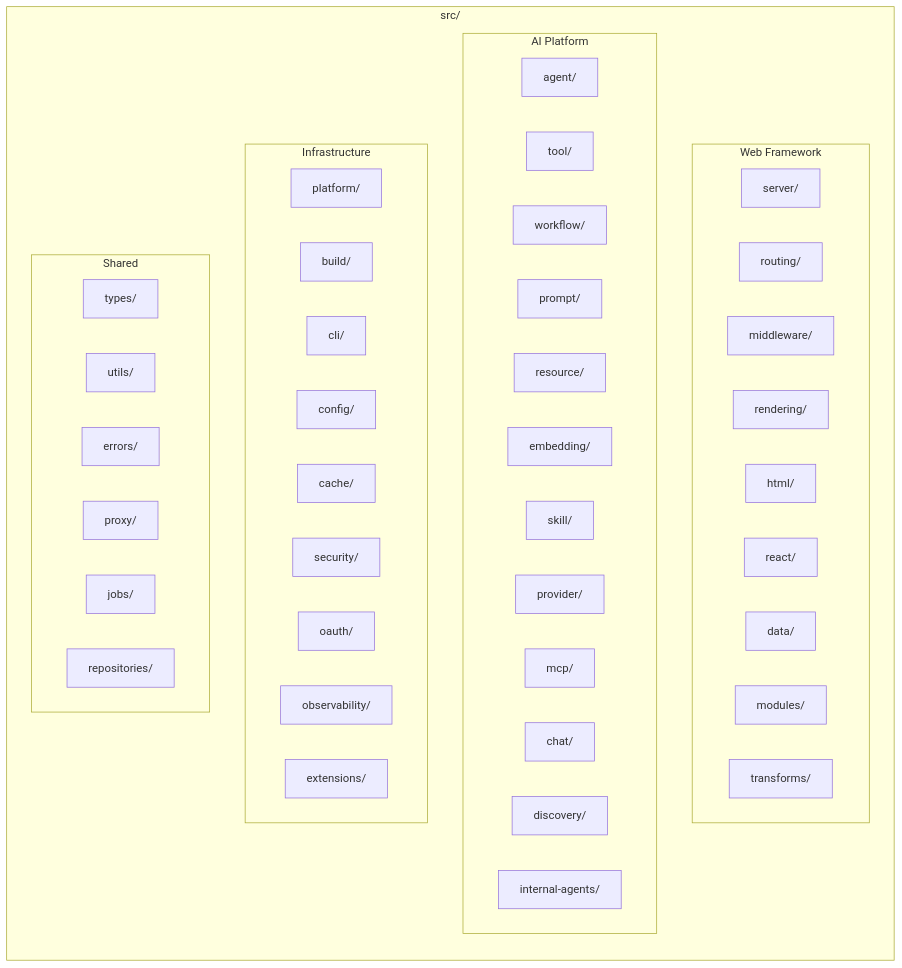
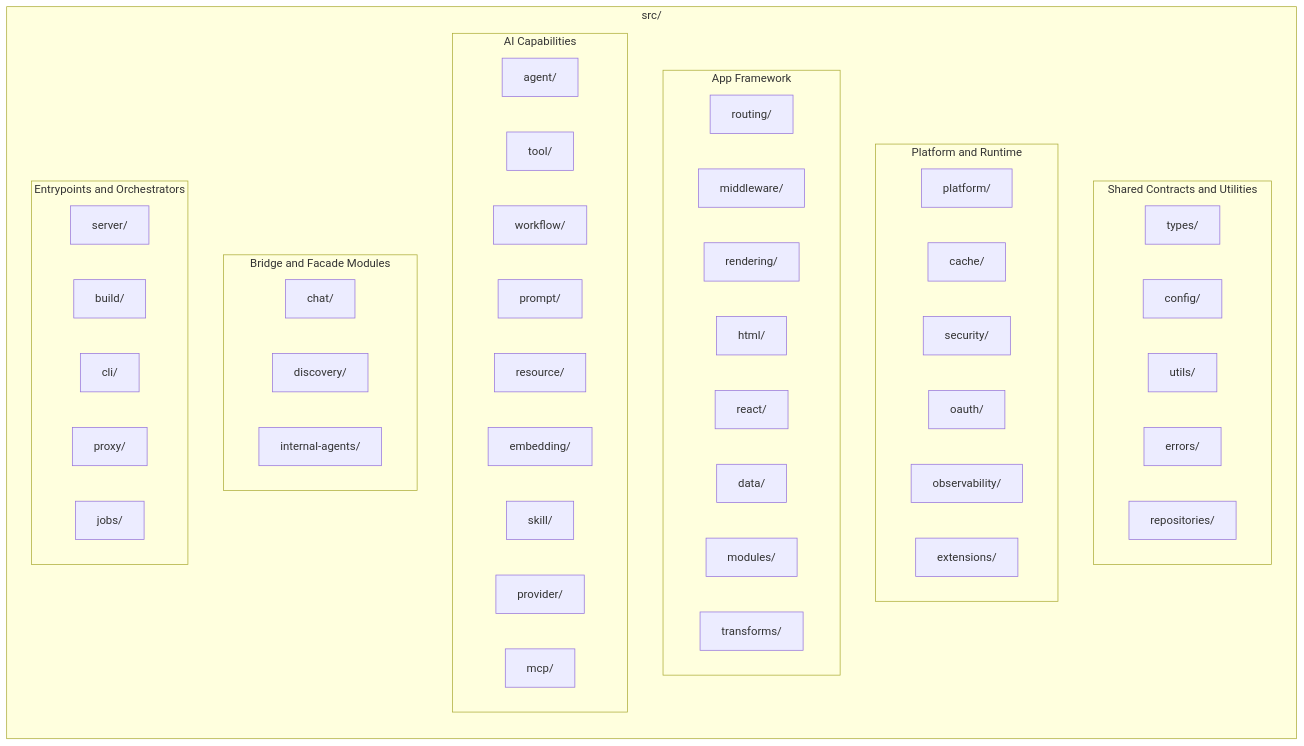
One commit to veryfront/veryfront-code changed the third of 3 diagrams in docs/architecture/01-system-overview.md. Above: the diagram before and after it, drawn with Mermaid. The commit also changed other lines of this file and 28 other files, not shown here.

````diff
--- a/docs/architecture/01-system-overview.md
+++ b/docs/architecture/01-system-overview.md
@@ -193,52 +203,58 @@
 ```mermaid
 graph LR
     subgraph src["src/"]
-        subgraph web["Web Framework"]
-            server_d["server/"]
+        subgraph shared["Shared Contracts and Utilities"]
+            types_d["types/"]
+            config_d["config/"]
+            utils_d["utils/"]
+            errors_d["errors/"]
+            repositories_d["repositories/"]
+        end
+
+        subgraph platform_group["Platform and Runtime"]
+            platform_d["platform/"]
+            cache_d["cache/"]
+            security_d["security/"]
+            oauth_d["oauth/"]
+            observability_d["observability/"]
+            extensions_d["extensions/"]
+        end
+
+        subgraph app["App Framework"]
             routing_d["routing/"]
             middleware_d["middleware/"]
             rendering_d["rendering/"]
             html_d["html/"]
             react_d["react/"]
             data_d["data/"]
             modules_d["modules/"]
             transforms_d["transforms/"]
         end
 
-        subgraph ai["AI Platform"]
+        subgraph ai["AI Capabilities"]
             agent_d["agent/"]
             tool_d["tool/"]
             workflow_d["workflow/"]
             prompt_d["prompt/"]
             resource_d["resource/"]
             embedding_d["embedding/"]
             skill_d["skill/"]
             provider_d["provider/"]
             mcp_d["mcp/"]
+        end
+
+        subgraph bridges["Bridge and Facade Modules"]
             chat_d["chat/"]
             discovery_d["discovery/"]
             internal_d["internal-agents/"]
         end
 
-        subgraph infra["Infrastructure"]
-            platform_d["platform/"]
+        subgraph entrypoints["Entrypoints and Orchestrators"]
+            server_d["server/"]
             build_d["build/"]
             cli_d["cli/"]
-            config_d["config/"]
-            cache_d["cache/"]
-            security_d["security/"]
-            oauth_d["oauth/"]
-            observability_d["observability/"]
-            extensions_d["extensions/"]
-        end
-
-        subgraph shared["Shared"]
-            types_d["types/"]
-            utils_d["utils/"]
-            errors_d["errors/"]
             proxy_d["proxy/"]
             jobs_d["jobs/"]
-            repositories_d["repositories/"]
         end
     end
 ```
````
